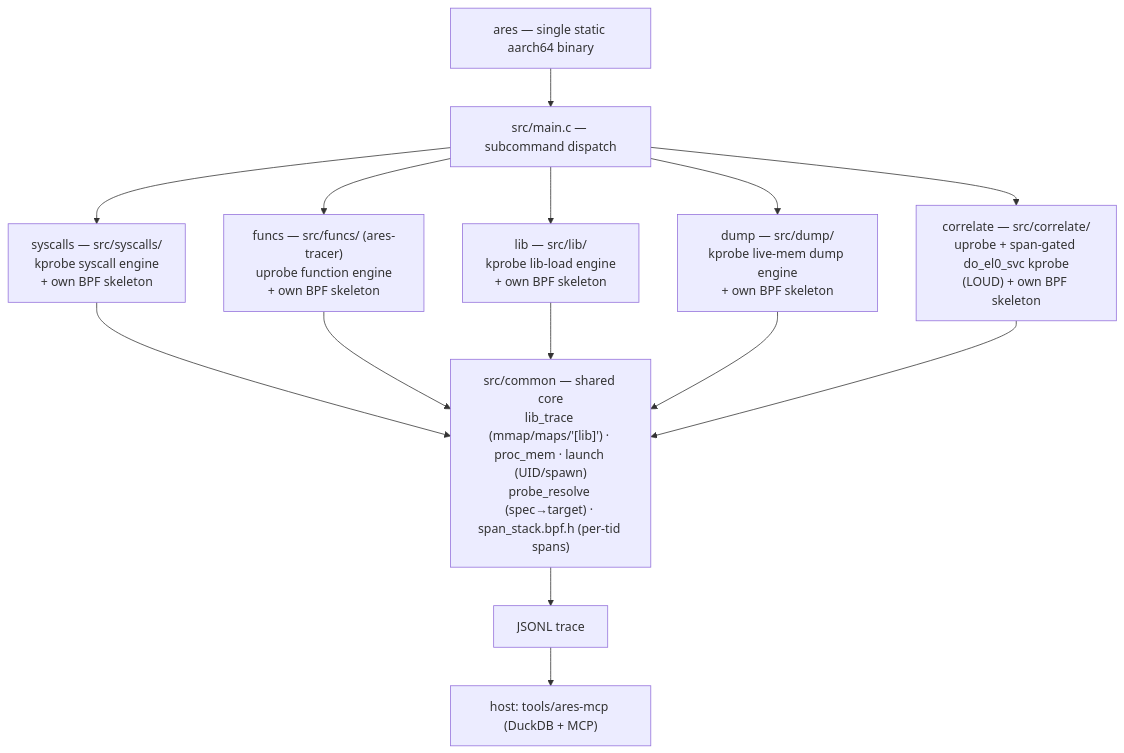
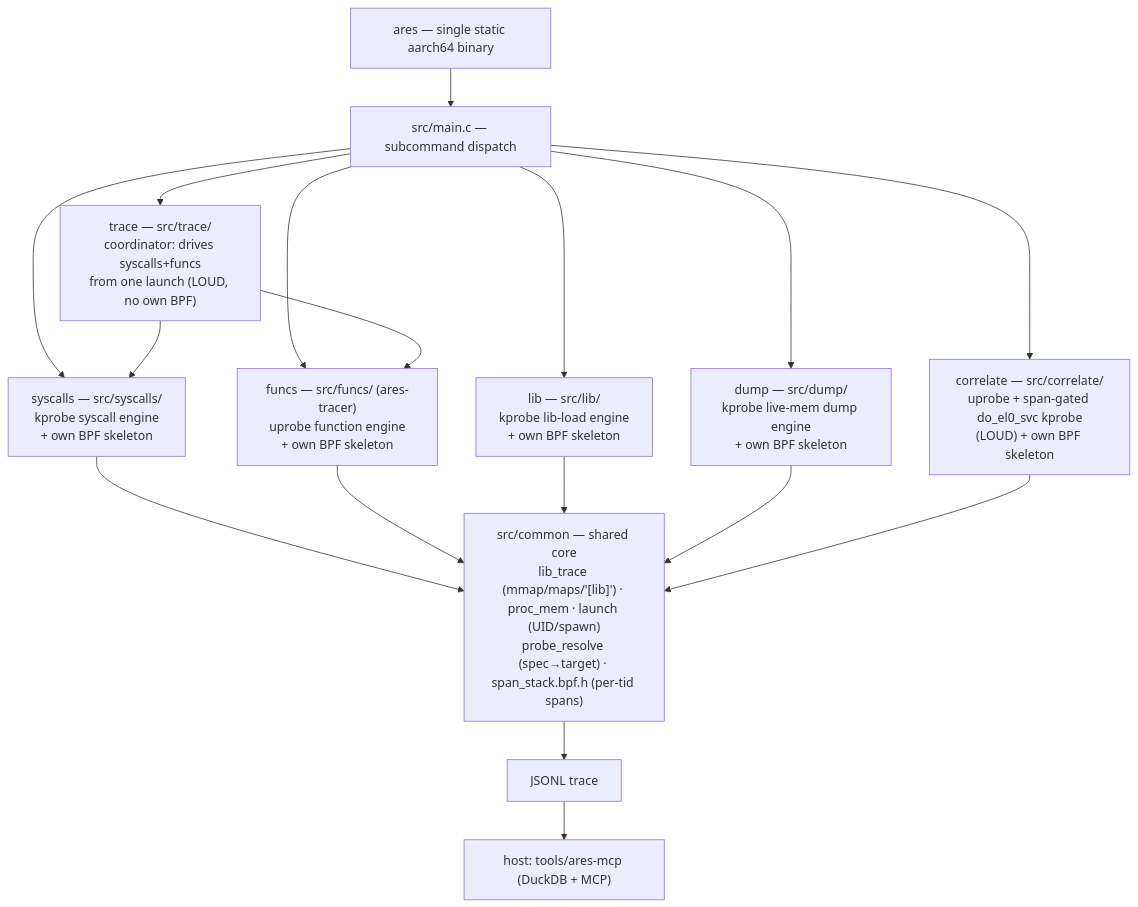
Before and after one commit to michaelaurelio/Anubee: the diagram in DOCUMENTATION.md, drawn with Mermaid. The commit also changed other lines of this file and 1 other file, not shown here.

Commit message:
docs: Updated documentation on ares trace

````diff
--- a/DOCUMENTATION.md
+++ b/DOCUMENTATION.md
@@ -17,27 +17,31 @@
 ```mermaid
 flowchart TD
     ares["ares — single static aarch64 binary"]
     main["src/main.c — subcommand dispatch"]
     syscalls["syscalls — src/syscalls/<br/>kprobe syscall engine<br/>+ own BPF skeleton"]
     funcs["funcs — src/funcs/ (ares-tracer)<br/>uprobe function engine<br/>+ own BPF skeleton"]
     lib["lib — src/lib/<br/>kprobe lib-load engine<br/>+ own BPF skeleton"]
     dump["dump — src/dump/<br/>kprobe live-mem dump engine<br/>+ own BPF skeleton"]
     correlate["correlate — src/correlate/<br/>uprobe + span-gated do_el0_svc kprobe<br/>(LOUD) + own BPF skeleton"]
+    tracecmd["trace — src/trace/<br/>coordinator: drives syscalls+funcs<br/>from one launch (LOUD, no own BPF)"]
     common["src/common — shared core<br/>lib_trace (mmap/maps/'[lib]') · proc_mem · launch (UID/spawn)<br/>probe_resolve (spec→target) · span_stack.bpf.h (per-tid spans)"]
     trace["JSONL trace"]
     mcp["host: tools/ares-mcp (DuckDB + MCP)"]
 
     ares --> main
     main --> syscalls
     main --> funcs
     main --> lib
     main --> dump
     main --> correlate
+    main --> tracecmd
+    tracecmd --> syscalls
+    tracecmd --> funcs
     syscalls --> common
     funcs --> common
     lib --> common
     dump --> common
     correlate --> common
     common --> trace
     trace --> mcp
 ```
````
